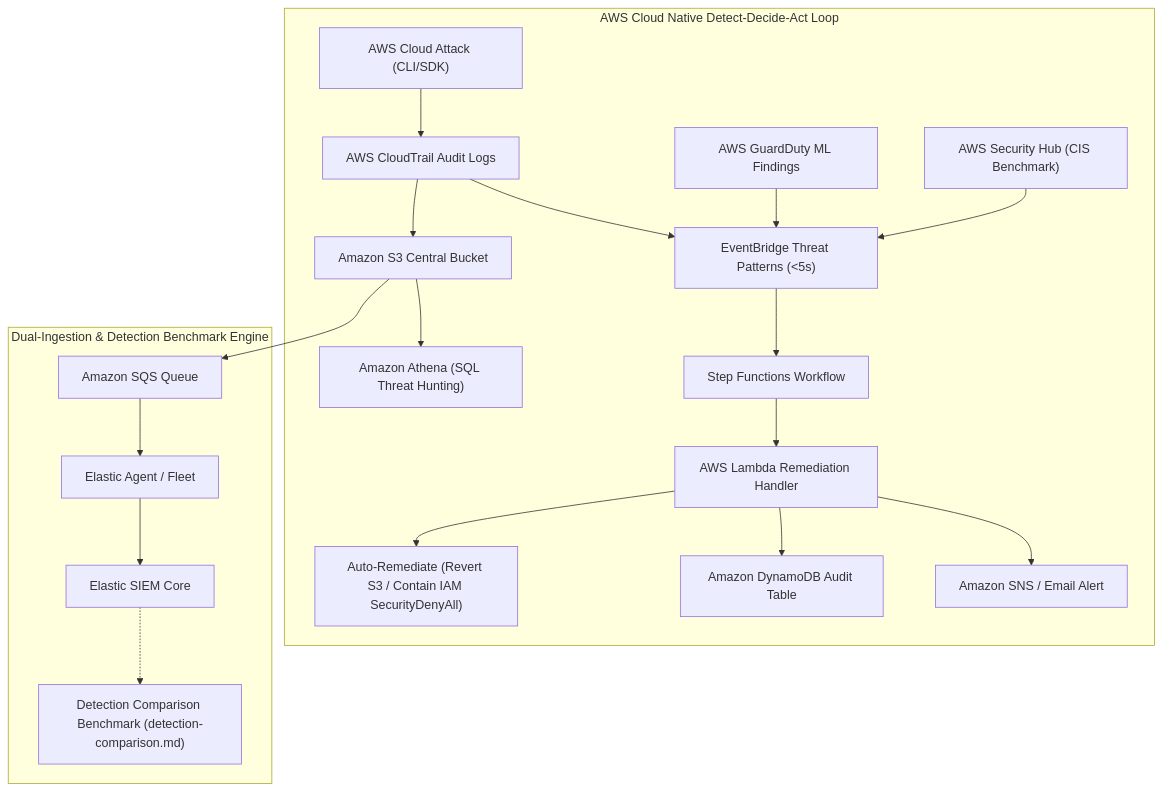
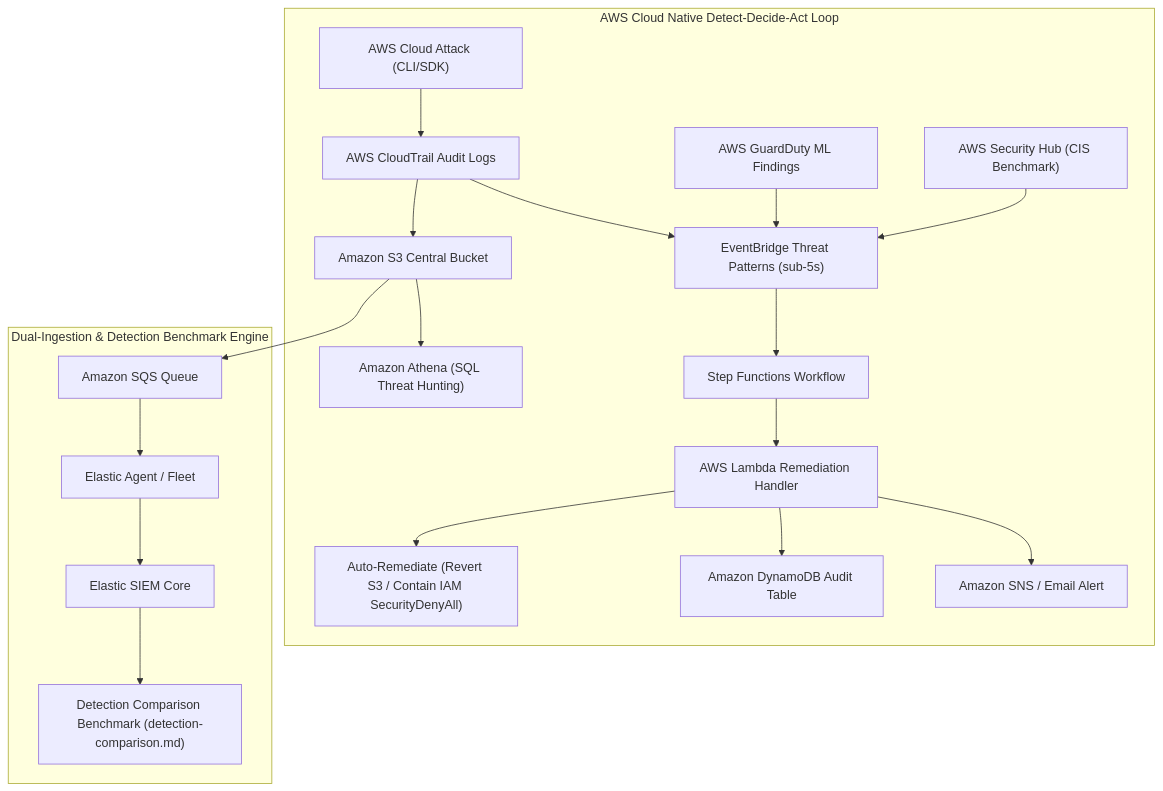
One commit to VAENeverD1e/fcaj-huy changed the diagram in content/5-Workshop/5.1-Workshop-overview/_index.md. Above: the diagram before and after it, drawn with Mermaid. The commit also changed 3 other files, not shown here.

Commit message:
fix mermaid graph

```diff
--- a/content/5-Workshop/5.1-Workshop-overview/_index.md
+++ b/content/5-Workshop/5.1-Workshop-overview/_index.md
@@ -34,20 +34,20 @@
 {{< mermaid >}}
 graph TD
     subgraph Track1["AWS Cloud Native Detect-Decide-Act Loop"]
         A2["AWS Cloud Attack (CLI/SDK)"] --> C1["AWS CloudTrail Audit Logs"]
-        C1 --> C3["EventBridge Threat Patterns (<5s)"]
+        C1 --> C3["EventBridge Threat Patterns (sub-5s)"]
         GD["AWS GuardDuty ML Findings"] --> C3
         SH["AWS Security Hub (CIS Benchmark)"] --> C3
         C3 --> SF["Step Functions Workflow"]
         SF --> L1["AWS Lambda Remediation Handler"]
         L1 --> SNS["Amazon SNS / Email Alert"]
         L1 --> DDB["Amazon DynamoDB Audit Table"]
         L1 --> ACT["Auto-Remediate (Revert S3 / Contain IAM SecurityDenyAll)"]
         C1 --> S3["Amazon S3 Central Bucket"] --> ATH["Amazon Athena (SQL Threat Hunting)"]
     end
 
     subgraph ComparisonTrack["Dual-Ingestion & Detection Benchmark Engine"]
         S3 --> SQS["Amazon SQS Queue"] --> EF["Elastic Agent / Fleet"] --> KIB["Elastic SIEM Core"]
-        KIB -.-> BENCH["Detection Comparison Benchmark (detection-comparison.md)"]
+        KIB --> BENCH["Detection Comparison Benchmark (detection-comparison.md)"]
     end
 {{< /mermaid >}}
```
